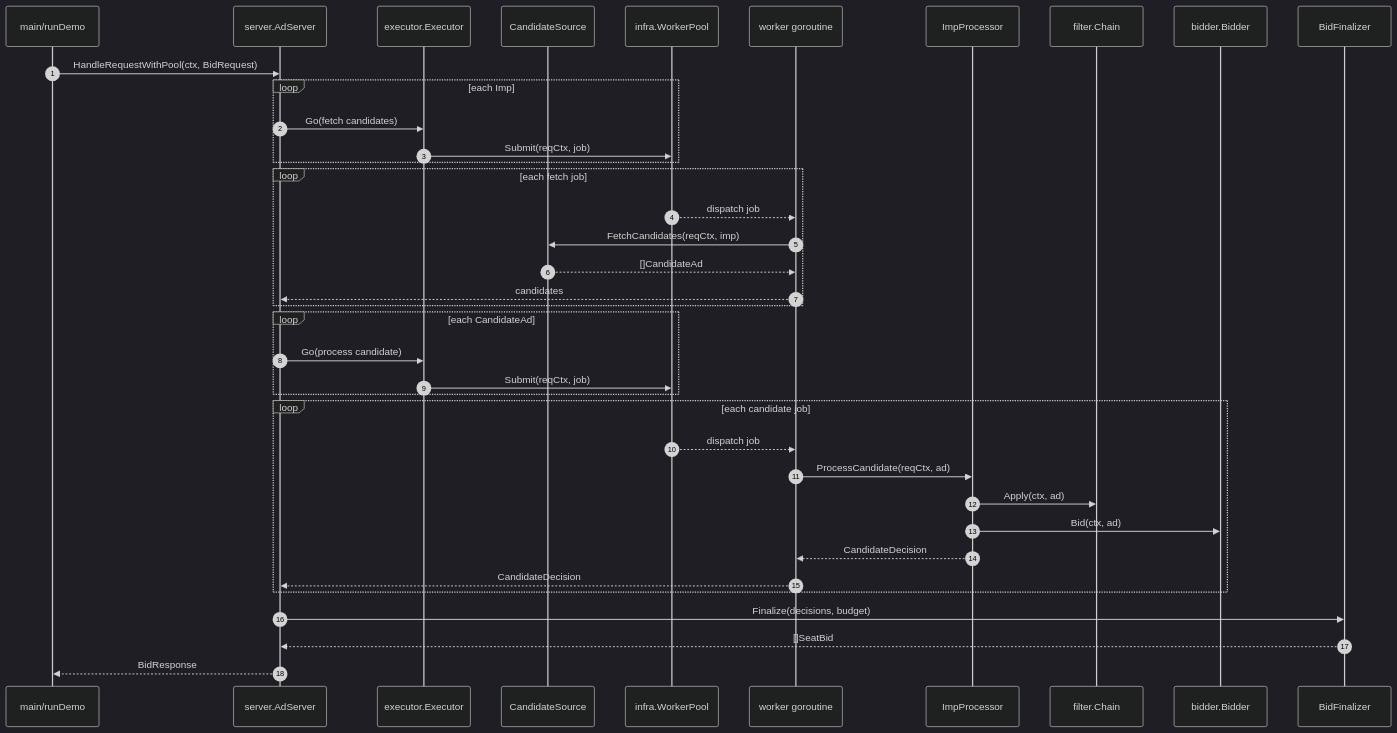
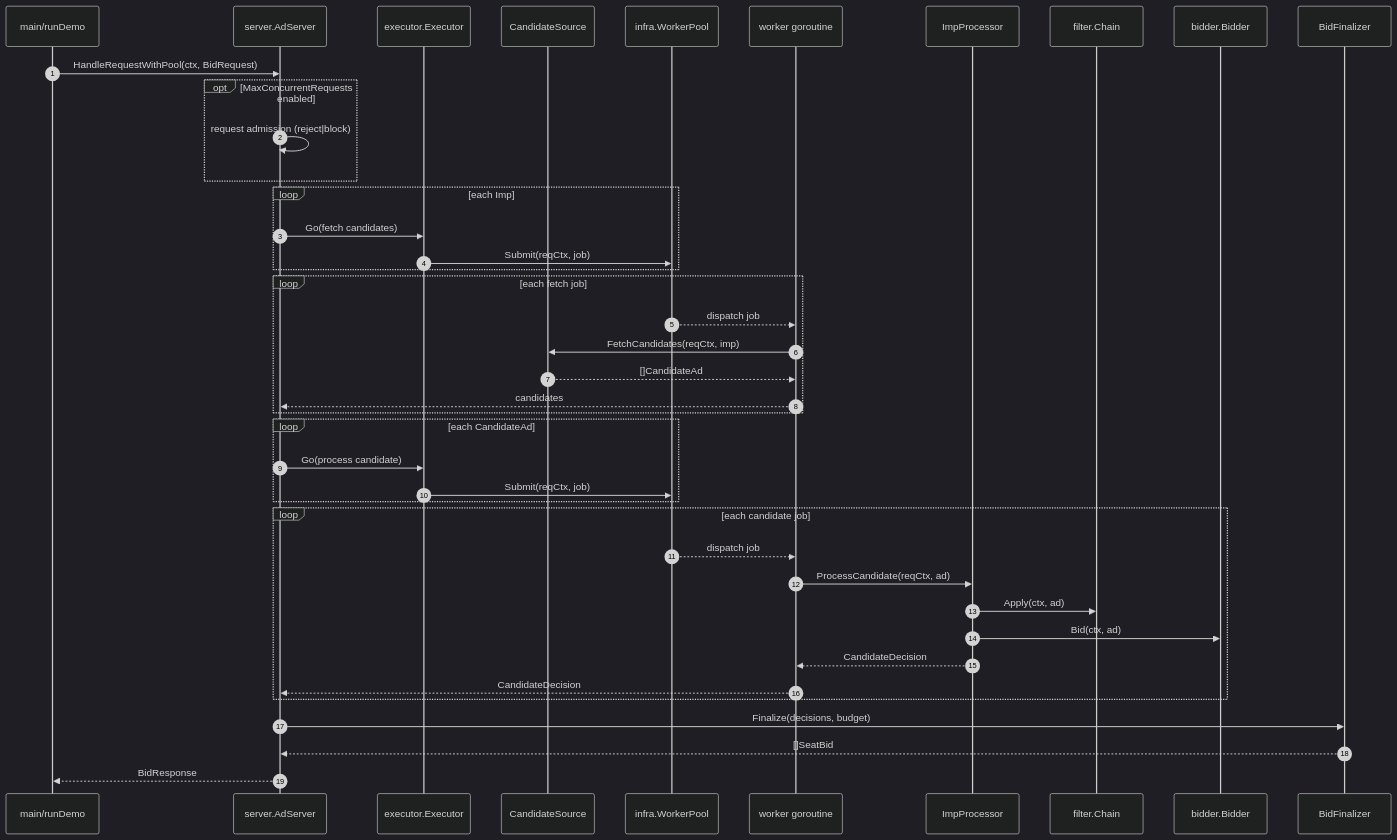
The second of 2 diagrams in docs/sequence.en.md (songfei1983/adreq), drawn with Mermaid (dark theme) before and after one commit. The commit also changed other lines of this file and 33 other files, not shown here.

````diff
--- a/docs/sequence.en.md
+++ b/docs/sequence.en.md
@@ -53,41 +56,44 @@
 ```mermaid
 sequenceDiagram
   autonumber
   participant Caller as main/runDemo
   participant S as server.AdServer
   participant E as executor.Executor
   participant CS as CandidateSource
   participant WP as infra.WorkerPool
   participant W as worker goroutine
   participant P as ImpProcessor
   participant FC as filter.Chain
   participant B as bidder.Bidder
   participant Fin as BidFinalizer
 
   Caller->>S: HandleRequestWithPool(ctx, BidRequest)
+  opt MaxConcurrentRequests enabled
+    S->>S: request admission (reject|block)
+  end
   loop each Imp
     S->>E: Go(fetch candidates)
     E->>WP: Submit(reqCtx, job)
   end
   loop each fetch job
     WP-->>W: dispatch job
     W->>CS: FetchCandidates(reqCtx, imp)
     CS-->>W: []CandidateAd
     W-->>S: candidates
   end
   loop each CandidateAd
     S->>E: Go(process candidate)
     E->>WP: Submit(reqCtx, job)
   end
   loop each candidate job
     WP-->>W: dispatch job
     W->>P: ProcessCandidate(reqCtx, ad)
     P->>FC: Apply(ctx, ad)
     P->>B: Bid(ctx, ad)
     P-->>W: CandidateDecision
     W-->>S: CandidateDecision
   end
   S->>Fin: Finalize(decisions, budget)
   Fin-->>S: []SeatBid
   S-->>Caller: BidResponse
 ```
````
